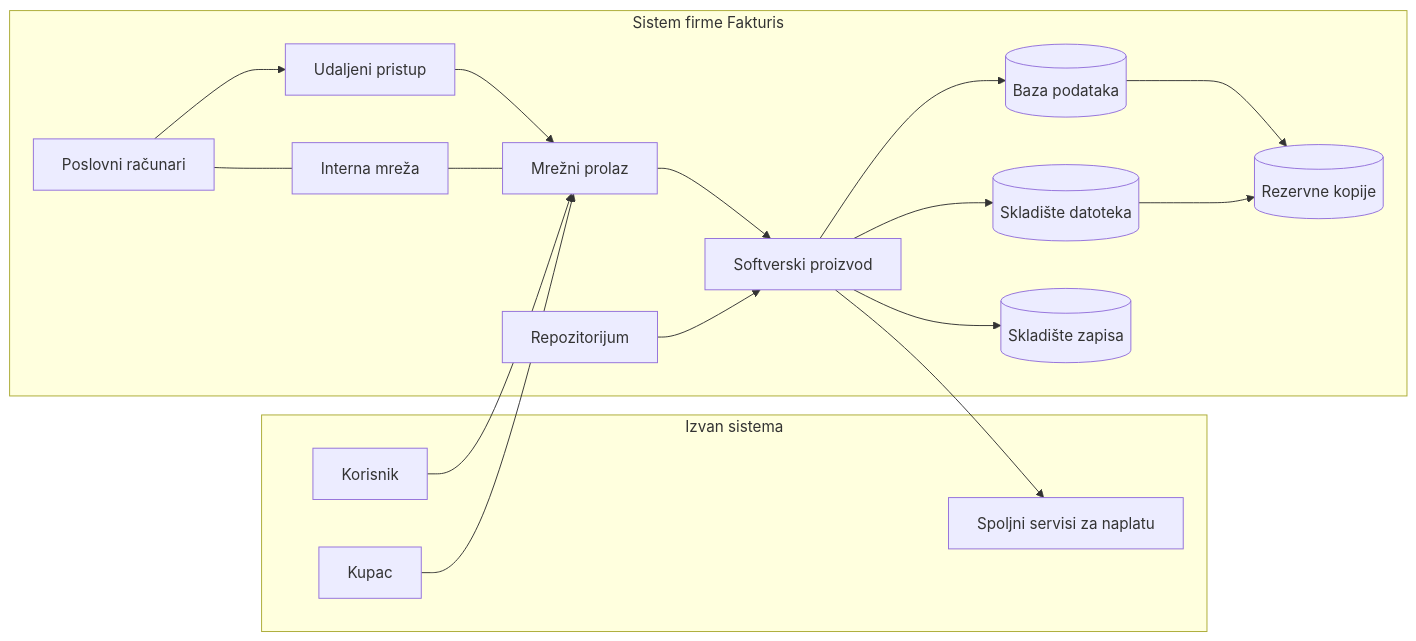
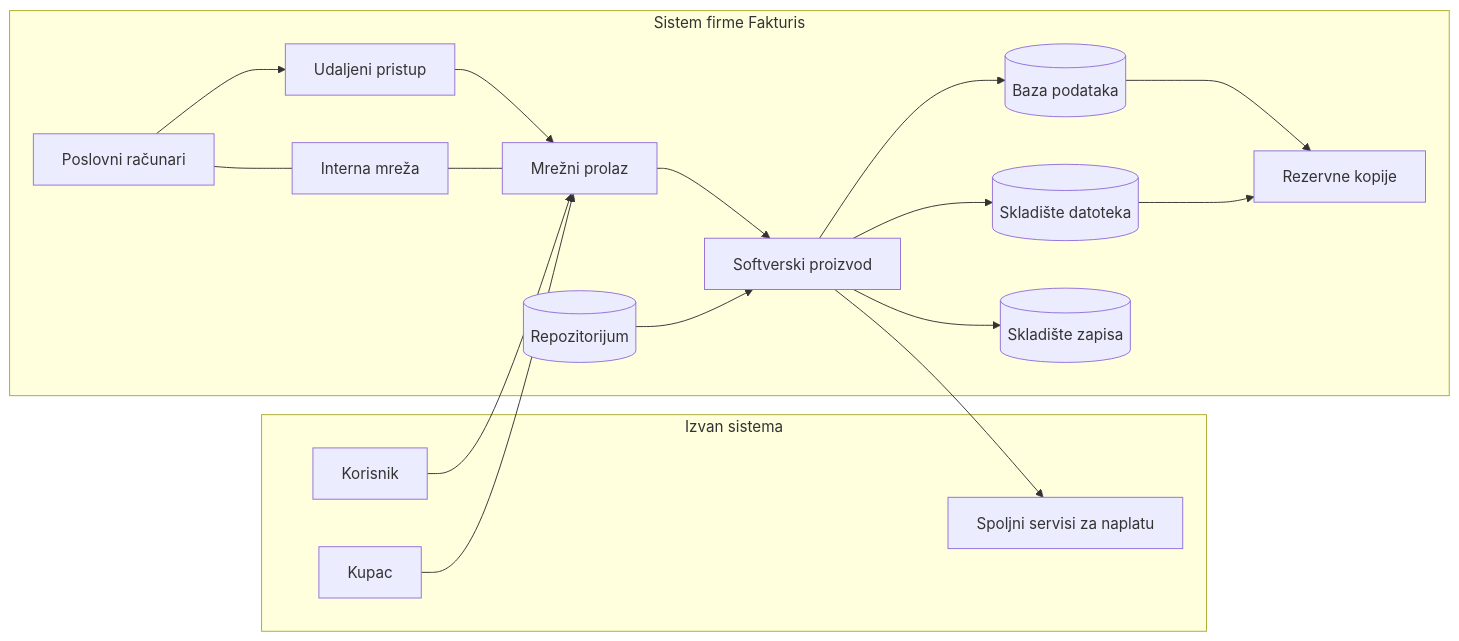
One commit to Moco2669/protection-and-recovery-subject-1 changed the second of 2 diagrams in konteksti/Fakturis.md. Above: the diagram before and after it, drawn with Mermaid. The commit also changed other lines of this file and 8 other files, not shown here.

````diff
--- a/konteksti/Fakturis.md
+++ b/konteksti/Fakturis.md
@@ -77,34 +92,34 @@
 ```mermaid
 flowchart LR
   subgraph spolja["Izvan sistema"]
     K["Korisnik"]
     KU["Kupac"]
     SS["Spoljni servisi za naplatu"]
   end
   subgraph firma["Sistem firme Fakturis"]
     MP["Mrežni prolaz"]
     UP["Udaljeni pristup"]
     IM["Interna mreža"]
     PR["Poslovni računari"]
     APP["Softverski proizvod"]
     DB[("Baza podataka")]
     SD[("Skladište datoteka")]
     SZ[("Skladište zapisa")]
-    GIT["Repozitorijum"]
-    BK[("Rezervne kopije")]
+    GIT[("Repozitorijum")]
+    BK["Rezervne kopije"]
   end
   K --> MP
   KU --> MP
   MP --> APP
   APP --> SS
   APP --> DB
   APP --> SD
   APP --> SZ
   PR --- IM
   PR --> UP
   UP --> MP
   IM --- MP
   GIT --> APP
   DB --> BK
   SD --> BK
 ```
````
